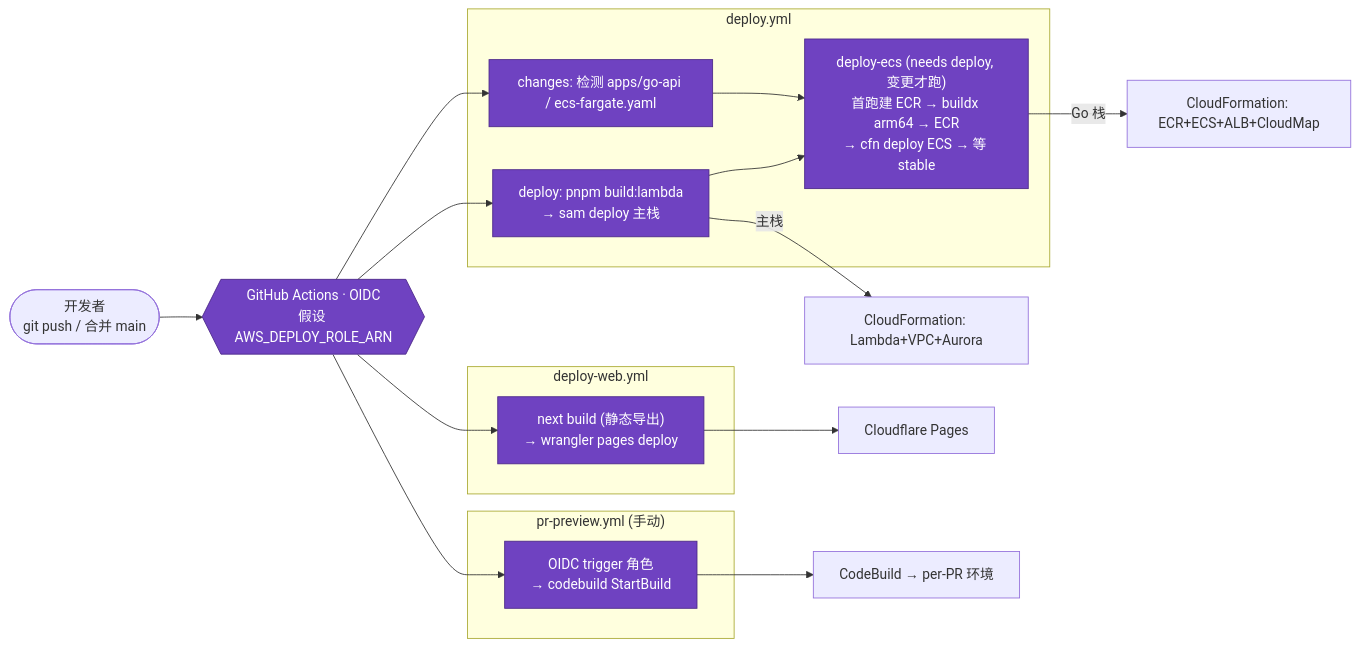
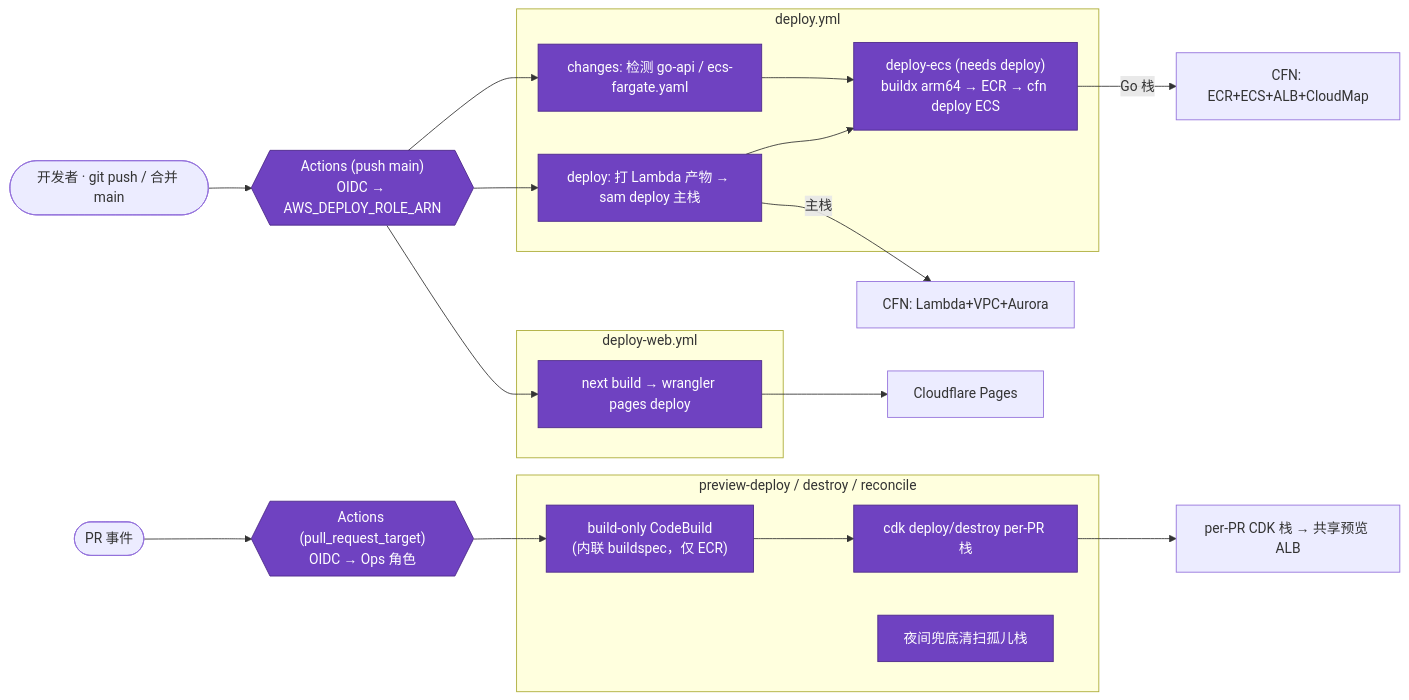
One commit to PrettyKing/github-repositories-fllow changed the third of 8 diagrams in docs/架构图.md. Above: the diagram before and after it, drawn with Mermaid. The commit also changed other lines of this file and 4 other files, not shown here.

First line of the commit message:
docs: 整理 docs/ — 删冗余/过时文档 + 更新架构图

````diff
--- a/docs/架构图.md
+++ b/docs/架构图.md
@@ -108,32 +120,35 @@
 ```mermaid
 graph LR
-    Dev(["开发者<br/>git push / 合并 main"])
-    Dev --> GHA{{"GitHub Actions · OIDC<br/>假设 AWS_DEPLOY_ROLE_ARN"}}
+    Dev(["开发者 · git push / 合并 main"]) --> GHA{{"Actions (push main)<br/>OIDC → AWS_DEPLOY_ROLE_ARN"}}
+    PRev(["PR 事件"]) --> GHA2{{"Actions (pull_request_target)<br/>OIDC → Ops 角色"}}
 
     subgraph W1["deploy.yml"]
-        J1["deploy: pnpm build:lambda<br/>→ sam deploy 主栈"]
-        J2["changes: 检测 apps/go-api / ecs-fargate.yaml"]
-        J3["deploy-ecs (needs deploy, 变更才跑)<br/>首跑建 ECR → buildx arm64 → ECR<br/>→ cfn deploy ECS → 等 stable"]
+        J1["deploy: 打 Lambda 产物 → sam deploy 主栈"]
+        J2["changes: 检测 go-api / ecs-fargate.yaml"]
+        J3["deploy-ecs (needs deploy)<br/>buildx arm64 → ECR → cfn deploy ECS"]
     end
     subgraph W2["deploy-web.yml"]
-        J4["next build (静态导出)<br/>→ wrangler pages deploy"]
+        J4["next build → wrangler pages deploy"]
     end
-    subgraph W3["pr-preview.yml (手动)"]
-        J5["OIDC trigger 角色<br/>→ codebuild StartBuild"]
+    subgraph W3["preview-deploy / destroy / reconcile"]
+        J5["build-only CodeBuild<br/>(内联 buildspec，仅 ECR)"]
+        J6["cdk deploy/destroy per-PR 栈"]
+        J7["夜间兜底清扫孤儿栈"]
+        J5 --> J6
     end
 
     GHA --> J1
     GHA --> J2
     J1 --> J3
     J2 --> J3
     GHA --> J4
-    GHA --> J5
+    GHA2 --> J5
 
-    J1 -->|主栈| CFN1["CloudFormation: Lambda+VPC+Aurora"]
-    J3 -->|Go 栈| CFN2["CloudFormation: ECR+ECS+ALB+CloudMap"]
+    J1 -->|主栈| CFN1["CFN: Lambda+VPC+Aurora"]
+    J3 -->|Go 栈| CFN2["CFN: ECR+ECS+ALB+CloudMap"]
     J4 --> PAGES["Cloudflare Pages"]
-    J5 --> CB["CodeBuild → per-PR 环境"]
+    J6 --> ENV["per-PR CDK 栈 → 共享预览 ALB"]
 
     classDef ci fill:#6f42c1,stroke:#4c2889,color:#fff
-    class GHA,J1,J2,J3,J4,J5 ci
+    class GHA,GHA2,J1,J2,J3,J4,J5,J6,J7 ci
 ```
````
